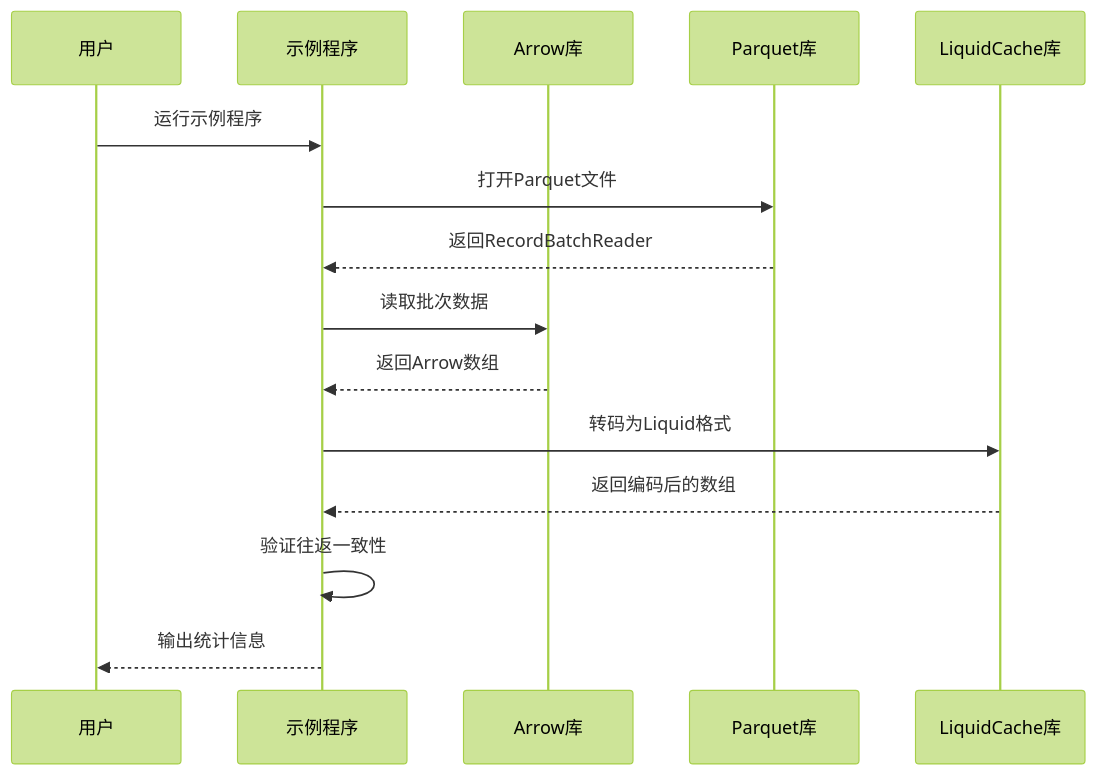
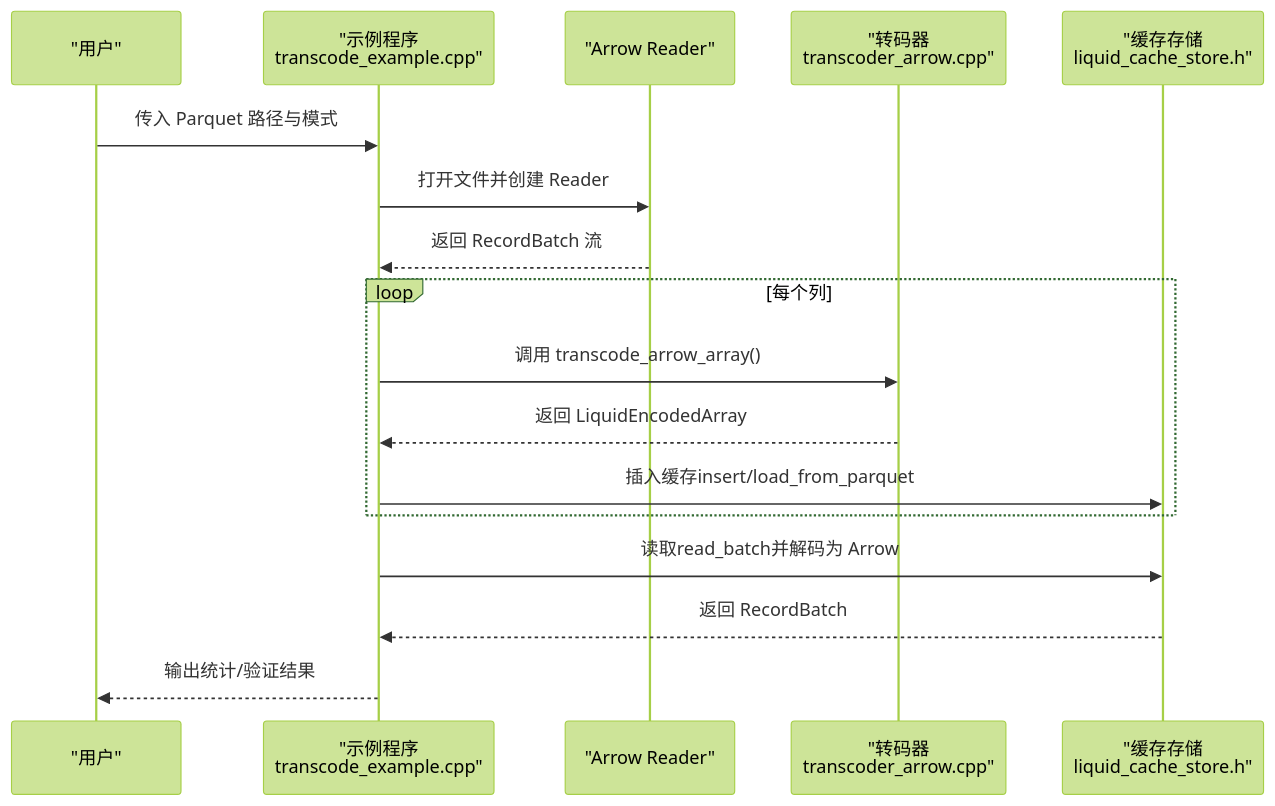
The fourth of 7 diagrams in .qoder/repowiki/zh/content/快速开始.md (tenglei/liquidCacheVelox), drawn with Mermaid (forest theme) before and after one commit. The commit also changed other lines of this file and 324 other files, not shown here.

````diff
--- a/.qoder/repowiki/zh/content/快速开始.md
+++ b/.qoder/repowiki/zh/content/快速开始.md
@@ -226,17 +184,19 @@
 ```mermaid
 sequenceDiagram
-participant User as 用户
-participant Example as 示例程序
-participant Arrow as Arrow库
-participant Parquet as Parquet库
-participant Liquid as LiquidCache库
-User->>Example : 运行示例程序
-Example->>Parquet : 打开Parquet文件
-Parquet-->>Example : 返回RecordBatchReader
-Example->>Arrow : 读取批次数据
-Arrow-->>Example : 返回Arrow数组
-Example->>Liquid : 转码为Liquid格式
-Liquid-->>Example : 返回编码后的数组
-Example->>Example : 验证往返一致性
-Example-->>User : 输出统计信息
+participant U as "用户"
+participant EX as "示例程序<br/>transcode_example.cpp"
+participant AR as "Arrow Reader"
+participant TR as "转码器<br/>transcoder_arrow.cpp"
+participant CS as "缓存存储<br/>liquid_cache_store.h"
+U->>EX : 传入 Parquet 路径与模式
+EX->>AR : 打开文件并创建 Reader
+AR-->>EX : 返回 RecordBatch 流
+loop 每个列
+EX->>TR : 调用 transcode_arrow_array()
+TR-->>EX : 返回 LiquidEncodedArray
+EX->>CS : 插入缓存insert/load_from_parquet
+end
+EX->>CS : 读取read_batch并解码为 Arrow
+CS-->>EX : 返回 RecordBatch
+EX-->>U : 输出统计/验证结果
 ```
````
